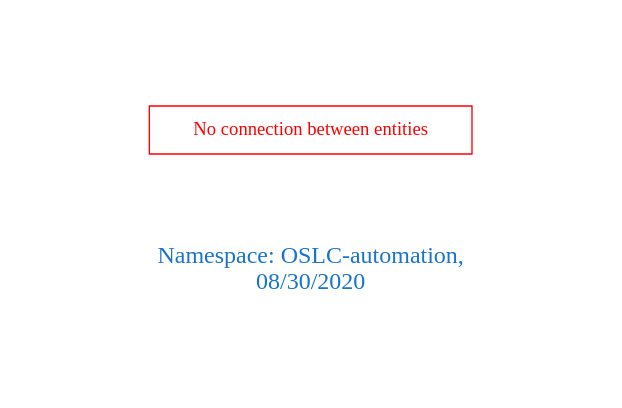
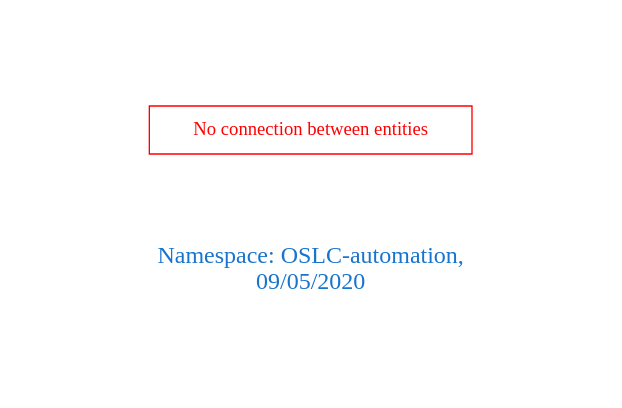
One commit to arago/OGIT changed the diagram in downloads/OSLC-automation.dot. Above: the diagram before and after it, drawn with Graphviz. The commit also changed 1821 other files, not shown here.

```diff
--- a/downloads/OSLC-automation.dot
+++ b/downloads/OSLC-automation.dot
@@ -1,9 +1,9 @@
 digraph OGIT_ontology {
  graph [ rankdir= LR,pad=1 
 fontsize = 18,
-fontcolor= dodgerblue3,label = "\n\n\nNamespace: OSLC-automation, \n 08/30/2020"];
+fontcolor= dodgerblue3,label = "\n\n\nNamespace: OSLC-automation, \n 09/05/2020"];
 node[shape=polygon];
 edge [  color="gray81"];
 
 "No connection between entities" [fontcolor = "red",color="red", shape="polygon"]
 }
```
